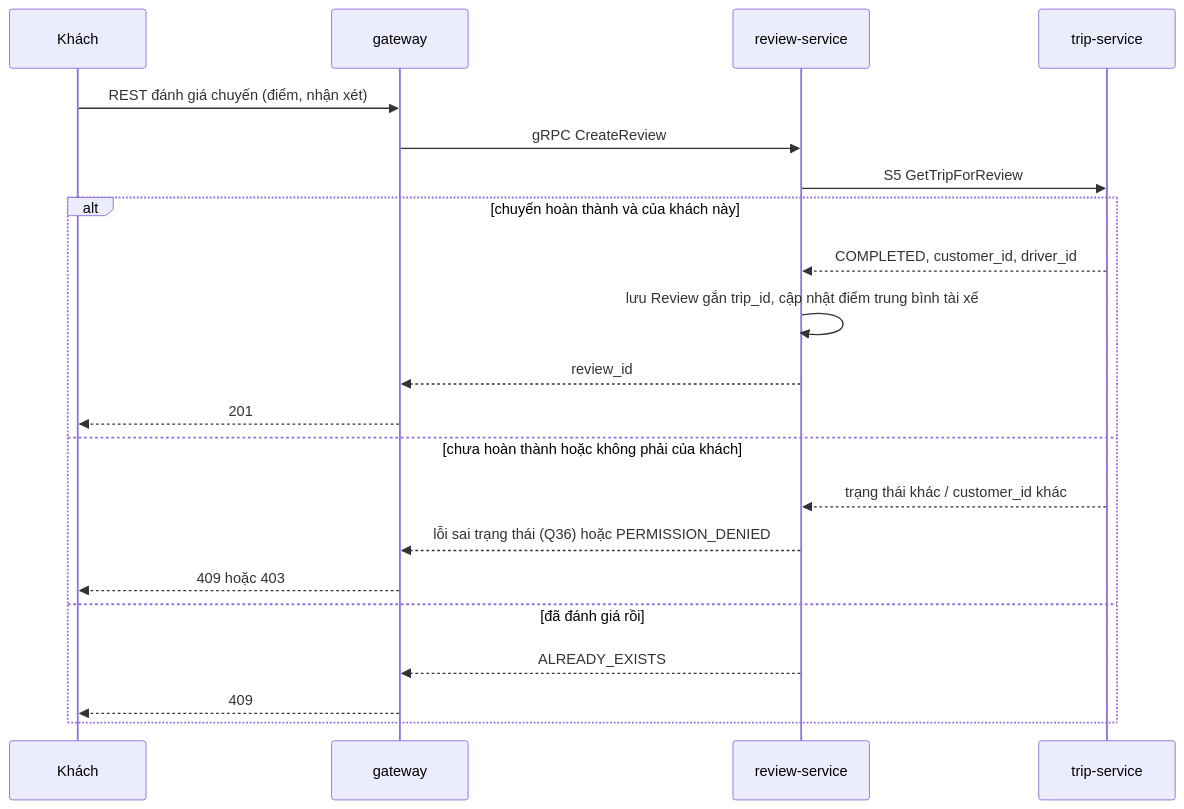
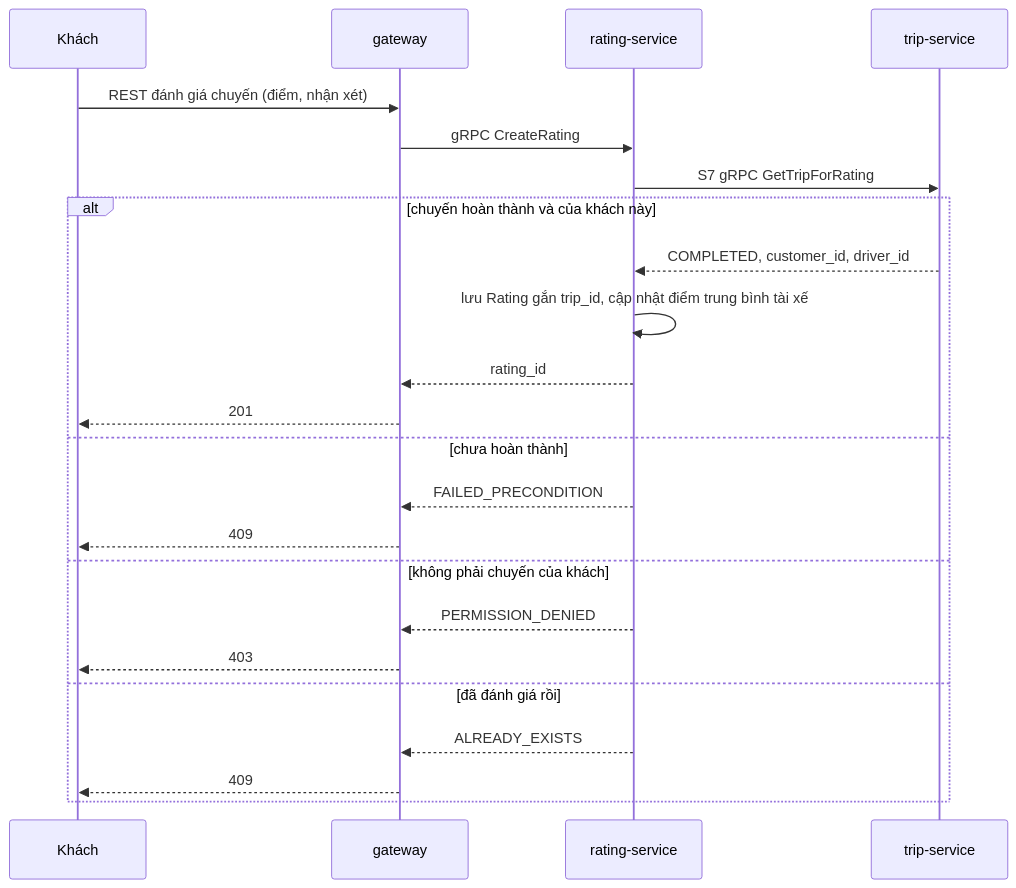
One commit to nghuuduc21/23699411_NguyenHuuDuc_CabSystem changed the seventh of 7 diagrams in docs/design/02-kien-truc-giao-tiep.md. Above: the diagram before and after it, drawn with Mermaid. The commit also changed other lines of this file and 13 other files, not shown here.

````diff
--- a/docs/design/02-kien-truc-giao-tiep.md
+++ b/docs/design/02-kien-truc-giao-tiep.md
@@ -409,24 +557,26 @@
 ```mermaid
 sequenceDiagram
   participant KH as Khách
   participant GW as gateway
-  participant RV as review-service
+  participant R as rating-service
   participant T as trip-service
 
   KH->>GW: REST đánh giá chuyến (điểm, nhận xét)
-  GW->>RV: gRPC CreateReview
-  RV->>T: S5 GetTripForReview
+  GW->>R: gRPC CreateRating
+  R->>T: S7 gRPC GetTripForRating
   alt chuyến hoàn thành và của khách này
-    T-->>RV: COMPLETED, customer_id, driver_id
-    RV->>RV: lưu Review gắn trip_id, cập nhật điểm trung bình tài xế
-    RV-->>GW: review_id
+    T-->>R: COMPLETED, customer_id, driver_id
+    R->>R: lưu Rating gắn trip_id, cập nhật điểm trung bình tài xế
+    R-->>GW: rating_id
     GW-->>KH: 201
-  else chưa hoàn thành hoặc không phải của khách
-    T-->>RV: trạng thái khác / customer_id khác
-    RV-->>GW: lỗi sai trạng thái (Q36) hoặc PERMISSION_DENIED
-    GW-->>KH: 409 hoặc 403
+  else chưa hoàn thành
+    R-->>GW: FAILED_PRECONDITION
+    GW-->>KH: 409
+  else không phải chuyến của khách
+    R-->>GW: PERMISSION_DENIED
+    GW-->>KH: 403
   else đã đánh giá rồi
-    RV-->>GW: ALREADY_EXISTS
+    R-->>GW: ALREADY_EXISTS
     GW-->>KH: 409
   end
 ```
````
